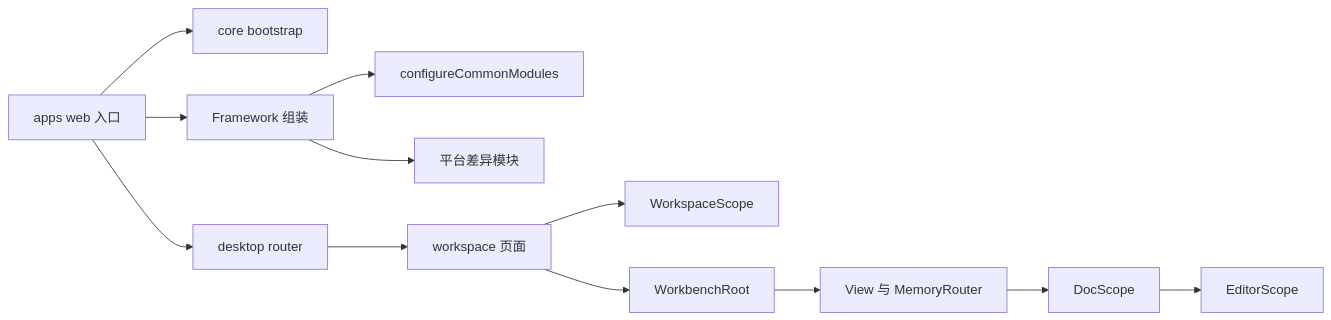
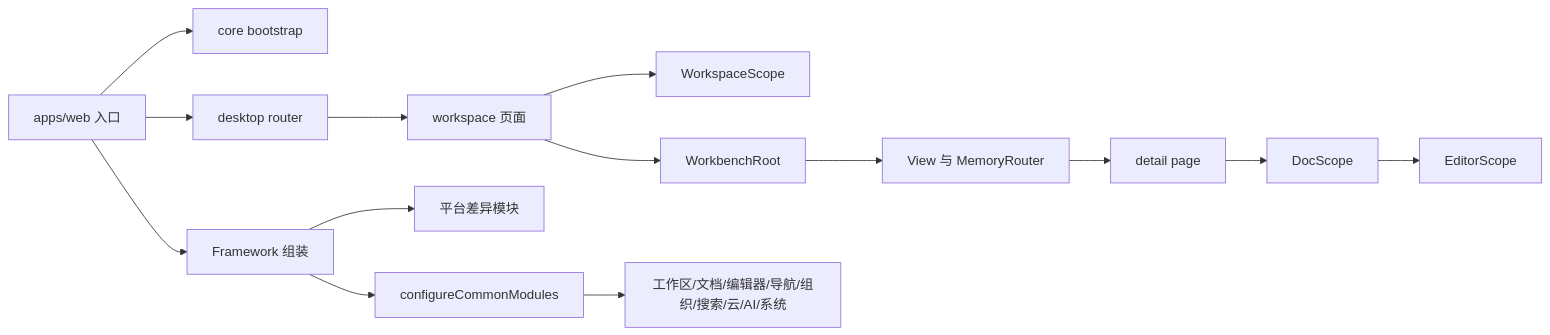
The first of 7 diagrams in learning-guide/slides/decks/17.md (lfire/AFFiNE), drawn with Mermaid before and after one commit. The commit also changed other lines of this file and 46 other files, not shown here.

````diff
--- a/learning-guide/slides/decks/17.md
+++ b/learning-guide/slides/decks/17.md
@@ -49,14 +33,16 @@
 ```mermaid
 flowchart LR
-  Entry[apps web 入口] --> Boot[core bootstrap]
-  Entry --> Assemble[Framework 组装]
-  Assemble --> Common[configureCommonModules]
-  Assemble --> Platform[平台差异模块]
-  Entry --> Router[desktop router]
-  Router --> WSPage[workspace 页面]
-  WSPage --> WS[WorkspaceScope]
-  WSPage --> WB[WorkbenchRoot]
-  WB --> View[View 与 MemoryRouter]
-  View --> DocS[DocScope]
-  DocS --> EdS[EditorScope]
+  Entry["apps/web 入口"] --> Boot["core bootstrap"]
+  Entry --> Assemble["Framework 组装"]
+  Assemble --> Common["configureCommonModules"]
+  Assemble --> Platform["平台差异模块"]
+  Entry --> Router["desktop router"]
+  Router --> WSPage["workspace 页面"]
+  WSPage --> WS["WorkspaceScope"]
+  WSPage --> WB["WorkbenchRoot"]
+  WB --> View["View 与 MemoryRouter"]
+  View --> Detail["detail page"]
+  Detail --> DocS["DocScope"]
+  DocS --> EdS["EditorScope"]
+  Common --> Domains["工作区/文档/编辑器/导航/组织/搜索/云/AI/系统"]
 ```
````
